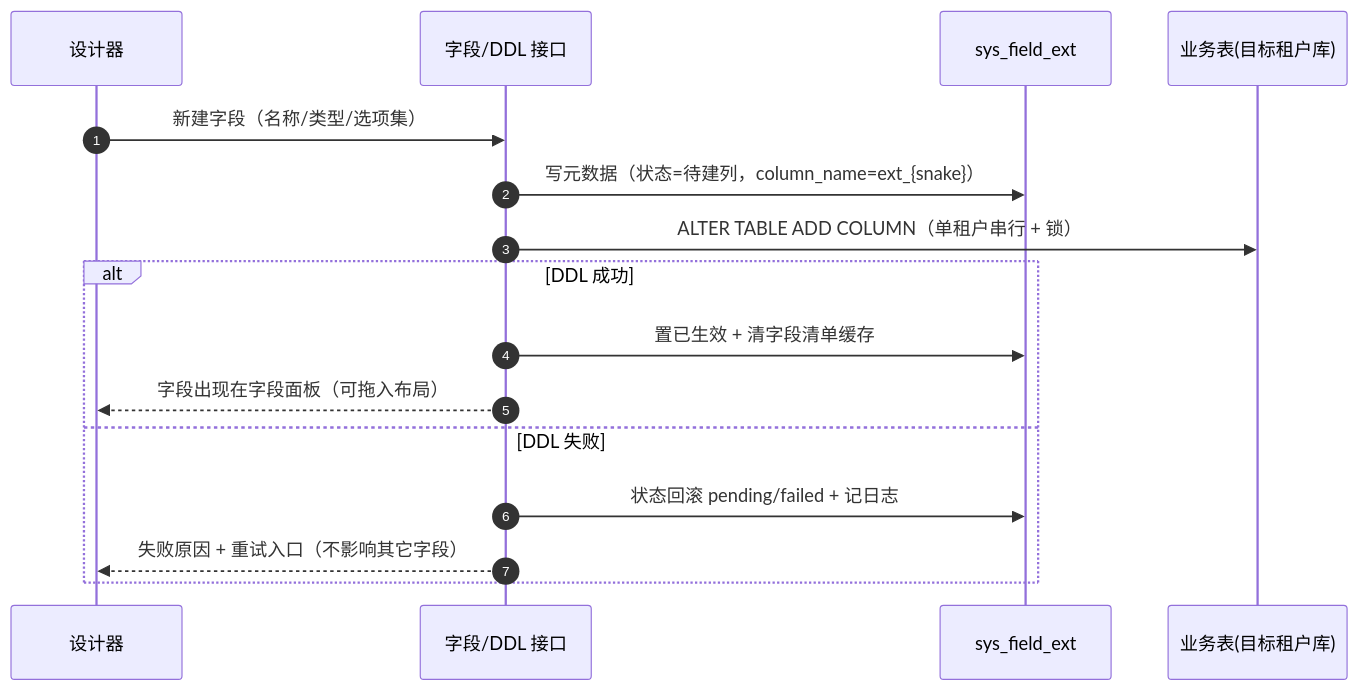
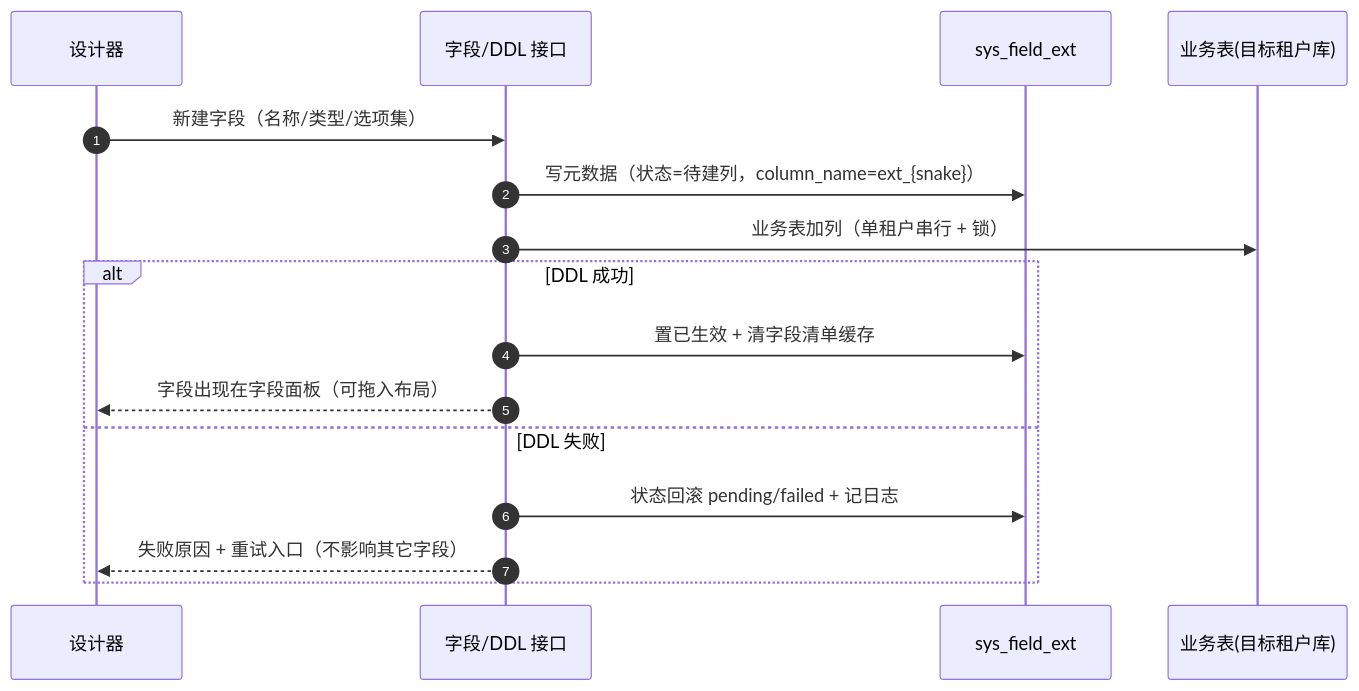
One commit to minjian123/basic-management-system changed the second of 2 diagrams in bms文档/设计/组件设计/08_交互类/05_组件设计_表单设计器/05_组件设计_表单设计器.md. Above: the diagram before and after it, drawn with Mermaid. The commit also changed other lines of this file and 238 other files, not shown here.

````diff
--- a/bms文档/设计/组件设计/08_交互类/05_组件设计_表单设计器/05_组件设计_表单设计器.md
+++ b/bms文档/设计/组件设计/08_交互类/05_组件设计_表单设计器/05_组件设计_表单设计器.md
@@ -127,18 +111,18 @@
 ```mermaid
 sequenceDiagram
     autonumber
     participant 设计器
     participant 接口 as 字段/DDL 接口
     participant 元数据 as sys_field_ext
     participant 租户库 as 业务表(目标租户库)
     设计器->>接口: 新建字段（名称/类型/选项集）
     接口->>元数据: 写元数据（状态=待建列，column_name=ext_{snake}）
-    接口->>租户库: ALTER TABLE ADD COLUMN（单租户串行 + 锁）
+    接口->>租户库: 业务表加列（单租户串行 + 锁）
     alt DDL 成功
         接口->>元数据: 置已生效 + 清字段清单缓存
         接口-->>设计器: 字段出现在字段面板（可拖入布局）
     else DDL 失败
         接口->>元数据: 状态回滚 pending/failed + 记日志
         接口-->>设计器: 失败原因 + 重试入口（不影响其它字段）
     end
 ```
````
